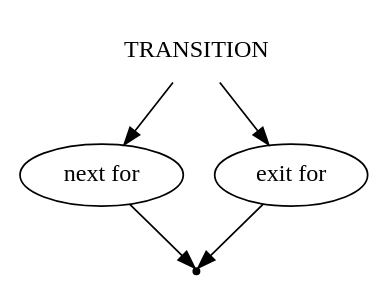
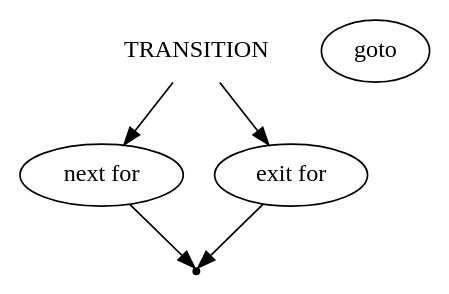
One commit to IMZolin/PSAD changed the diagram in src/PSADParser/grammar/transition.gv. Above: the diagram before and after it, drawn with Graphviz. The commit also changed 2 other files, not shown here.

```diff
--- a/src/PSADParser/grammar/transition.gv
+++ b/src/PSADParser/grammar/transition.gv
@@ -1,11 +1,12 @@
 digraph TRANSITION {
     start [label=TRANSITION shape=plaintext]
     next_for [label="next for" shape=oval]
     exit_for [label="exit for" shape=oval]
+    goto [label="goto" shape=oval]
     end [label="" shape=point]
 
     start -> next_for
     start -> exit_for
     next_for -> end
     exit_for -> end
 }
```
